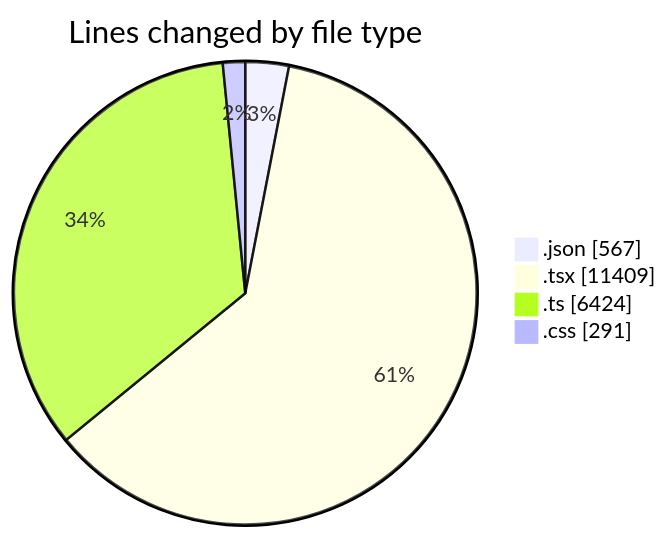
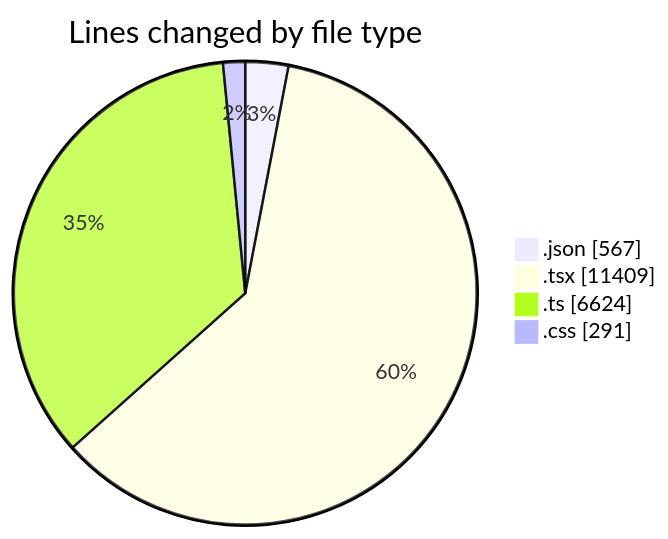
Before and after one commit to julien-gomy/code-tracking: the first of 2 diagrams in 2025-10-07/eventscop-frontend-guide__workspace_/README.md, drawn with Mermaid. The commit also changed other lines of this file and 1 other file, not shown here.

````diff
--- a/2025-10-07/eventscop-frontend-guide__workspace_/README.md
+++ b/2025-10-07/eventscop-frontend-guide__workspace_/README.md
@@ -97,8 +97,8 @@
 ```mermaid
 pie showData
 title Lines changed by file type
 ".json" : 567
 ".tsx" : 11409
-".ts" : 6424
+".ts" : 6624
 ".css" : 291
 ```
````
